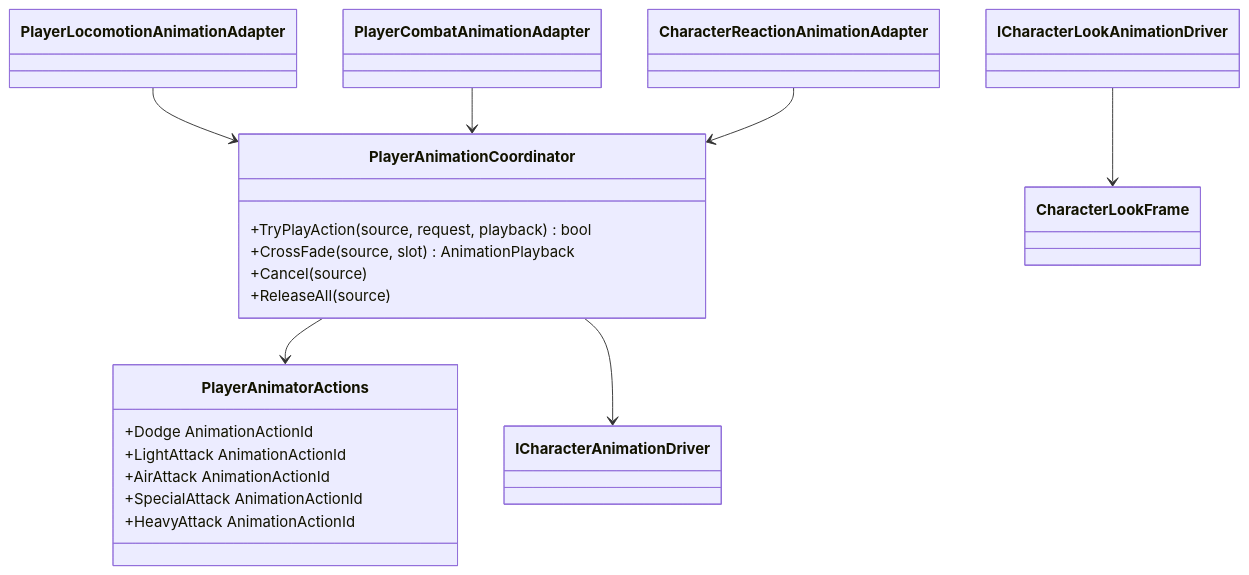
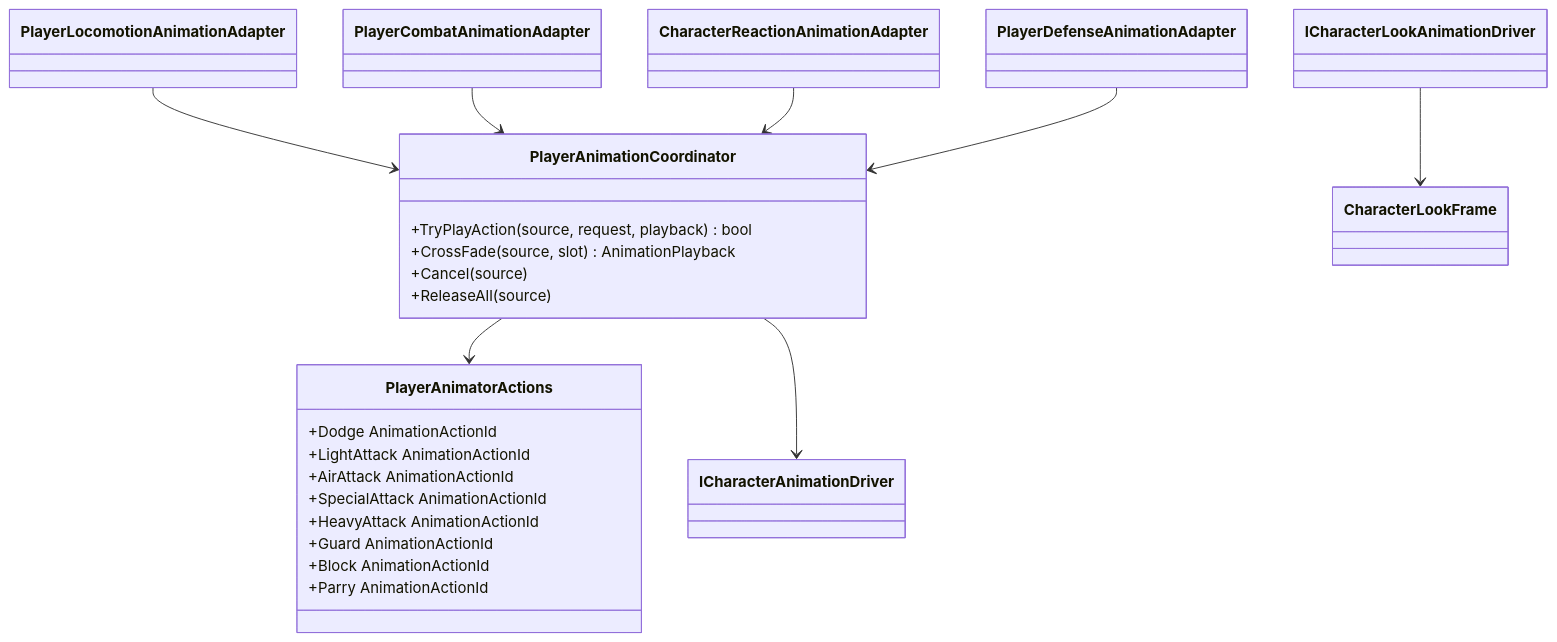
Before and after one commit to MaximFonariuc/project-s: the diagram in Assets/_App/Core/Runtime/Character/AnimationController/README.md, drawn with Mermaid. The commit also changed other lines of this file and 17 other files, not shown here.

Commit message:
feat(animation): present guard block and parry

````diff
--- a/Assets/_App/Core/Runtime/Character/AnimationController/README.md
+++ b/Assets/_App/Core/Runtime/Character/AnimationController/README.md
@@ -8,29 +8,34 @@
 ```mermaid
 classDiagram
     class PlayerAnimatorActions {
         +Dodge AnimationActionId
         +LightAttack AnimationActionId
         +AirAttack AnimationActionId
         +SpecialAttack AnimationActionId
         +HeavyAttack AnimationActionId
+        +Guard AnimationActionId
+        +Block AnimationActionId
+        +Parry AnimationActionId
     }
     class PlayerAnimationCoordinator {
         +TryPlayAction(source, request, playback) bool
         +CrossFade(source, slot) AnimationPlayback
         +Cancel(source)
         +ReleaseAll(source)
     }
     class ICharacterAnimationDriver
     class ICharacterLookAnimationDriver
     class CharacterLookFrame
     class PlayerLocomotionAnimationAdapter
     class PlayerCombatAnimationAdapter
     class CharacterReactionAnimationAdapter
+    class PlayerDefenseAnimationAdapter
 
     PlayerLocomotionAnimationAdapter --> PlayerAnimationCoordinator
     PlayerCombatAnimationAdapter --> PlayerAnimationCoordinator
     CharacterReactionAnimationAdapter --> PlayerAnimationCoordinator
+    PlayerDefenseAnimationAdapter --> PlayerAnimationCoordinator
     PlayerAnimationCoordinator --> PlayerAnimatorActions
     PlayerAnimationCoordinator --> ICharacterAnimationDriver
     ICharacterLookAnimationDriver --> CharacterLookFrame
 ```
````
